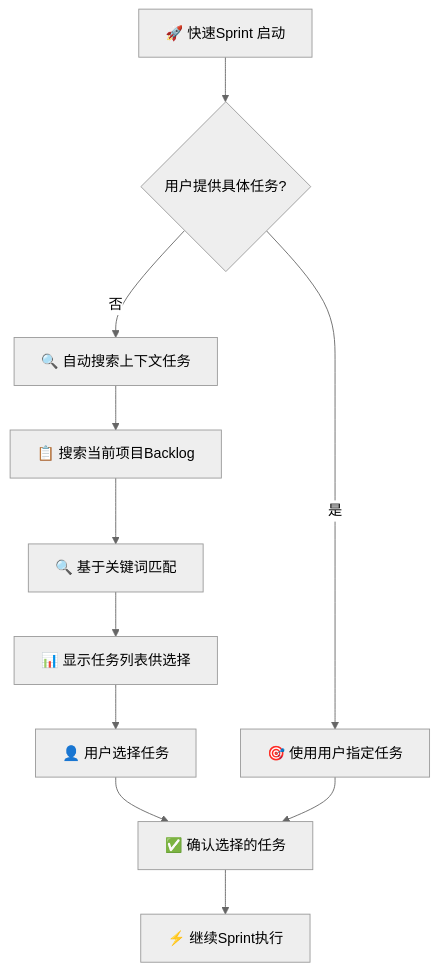
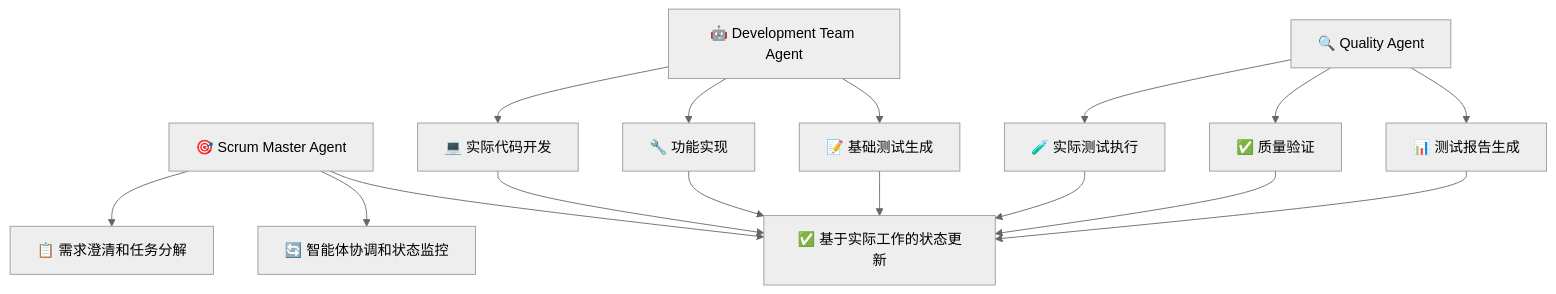
The fifth of 11 diagrams in plugins/agile-marketplace/sprint-plugin/commands/快速sprint.md (ouyangshixiong/context-engineering-zh), drawn with Mermaid (neutral theme) before and after one commit. The commit also changed other lines of this file and 7 other files, not shown here.

````diff
--- a/plugins/agile-marketplace/sprint-plugin/commands/快速sprint.md
+++ b/plugins/agile-marketplace/sprint-plugin/commands/快速sprint.md
@@ -183,13 +183,21 @@
 ```mermaid
 flowchart TD
-    A[🚀 快速Sprint 启动] --> B{用户提供具体任务?}
-    B -->|是| C[🎯 使用用户指定任务]
-    B -->|否| D[🔍 自动搜索上下文任务]
-    D --> E[📋 搜索当前项目Backlog]
-    E --> F[🔍 基于关键词匹配]
-    F --> G[📊 显示任务列表供选择]
-    G --> H[👤 用户选择任务]
-    H --> I[✅ 确认选择的任务]
-    C --> I
-    I --> J[⚡ 继续Sprint执行]
+    A[🎯 Scrum Master Agent] --> B[📋 需求澄清和任务分解]
+    A --> C[🔄 智能体协调和状态监控]
+    A --> D[✅ 基于实际工作的状态更新]
+
+    E[🤖 Development Team Agent] --> F[💻 实际代码开发]
+    E --> G[🔧 功能实现]
+    E --> H[📝 基础测试生成]
+
+    I[🔍 Quality Agent] --> J[🧪 实际测试执行]
+    I --> K[✅ 质量验证]
+    I --> L[📊 测试报告生成]
+
+    F --> D
+    G --> D
+    H --> D
+    J --> D
+    K --> D
+    L --> D
 ```
````
